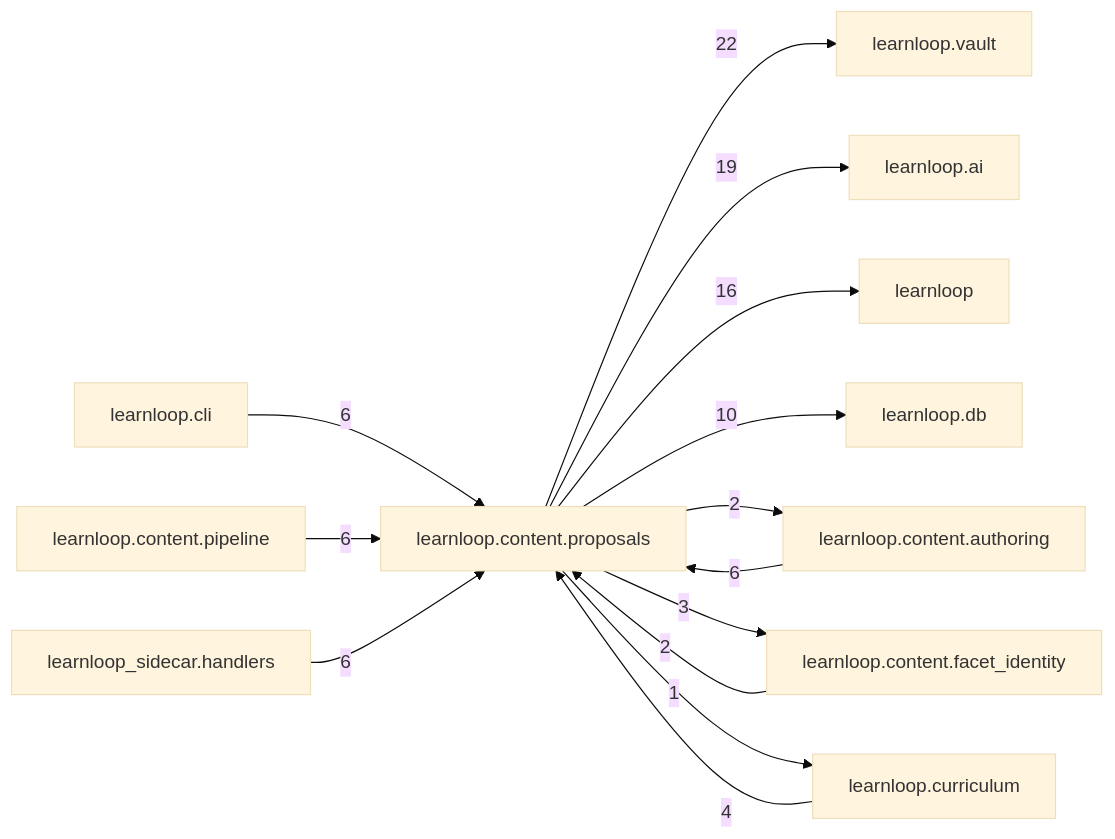
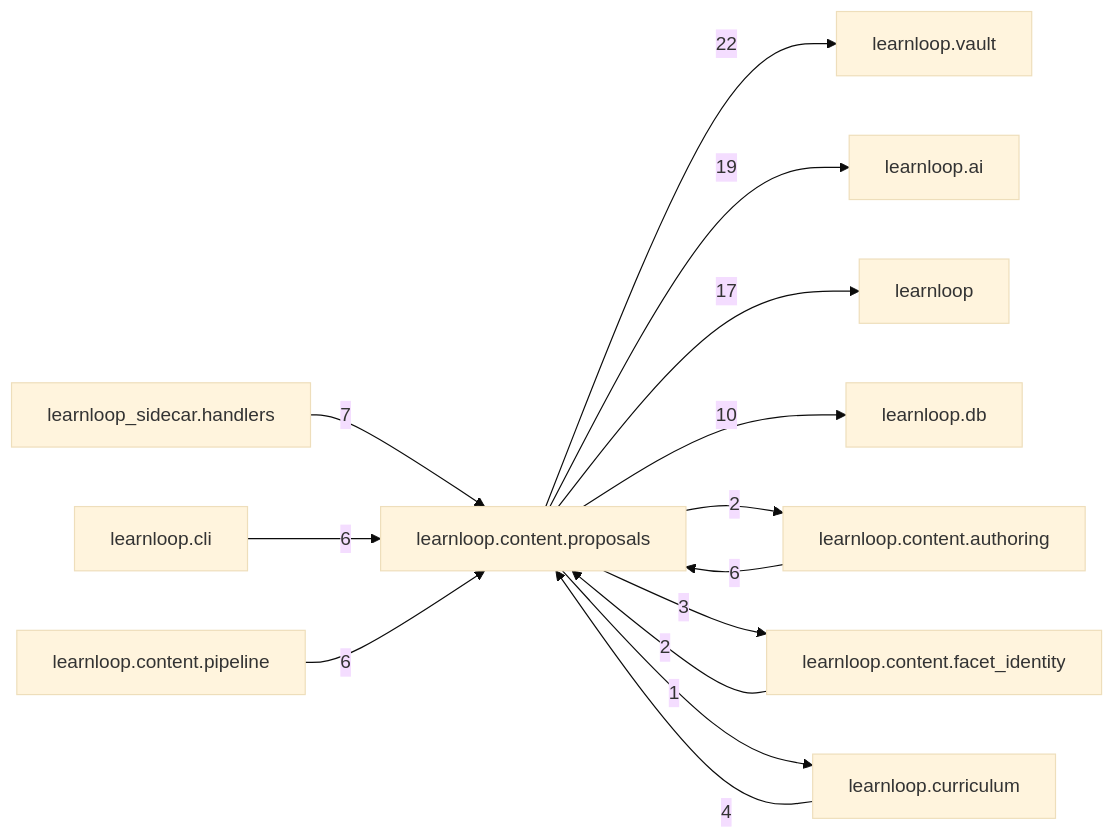
One commit to 6up-b/learnanything changed the diagram in docs/learnloop-architecture-vault/Reference/Modules/learnloop/content/proposals/_package.md. Above: the diagram before and after it, drawn with Mermaid (base theme). The commit also changed other lines of this file and 40 other files, not shown here.

````diff
--- a/docs/learnloop-architecture-vault/Reference/Modules/learnloop/content/proposals/_package.md
+++ b/docs/learnloop-architecture-vault/Reference/Modules/learnloop/content/proposals/_package.md
@@ -103,27 +104,27 @@
 ```mermaid
 flowchart LR
     center["learnloop.content.proposals"]
     n_learnloop_vault["learnloop.vault"]
     n_learnloop_ai["learnloop.ai"]
     n_learnloop["learnloop"]
     n_learnloop_db["learnloop.db"]
     n_learnloop_content_authoring["learnloop.content.authoring"]
+    n_learnloop_sidecar_handlers["learnloop_sidecar.handlers"]
     n_learnloop_cli["learnloop.cli"]
     n_learnloop_content_pipeline["learnloop.content.pipeline"]
-    n_learnloop_sidecar_handlers["learnloop_sidecar.handlers"]
     n_learnloop_content_facet_identity["learnloop.content.facet_identity"]
     n_learnloop_curriculum["learnloop.curriculum"]
     center -->|22| n_learnloop_vault
     center -->|19| n_learnloop_ai
-    center -->|16| n_learnloop
+    center -->|17| n_learnloop
     center -->|10| n_learnloop_db
     n_learnloop_content_authoring -->|6| center
     center -->|2| n_learnloop_content_authoring
+    n_learnloop_sidecar_handlers -->|7| center
     n_learnloop_cli -->|6| center
     n_learnloop_content_pipeline -->|6| center
-    n_learnloop_sidecar_handlers -->|6| center
     n_learnloop_content_facet_identity -->|2| center
     center -->|3| n_learnloop_content_facet_identity
     n_learnloop_curriculum -->|4| center
     center -->|1| n_learnloop_curriculum
 ```
````
